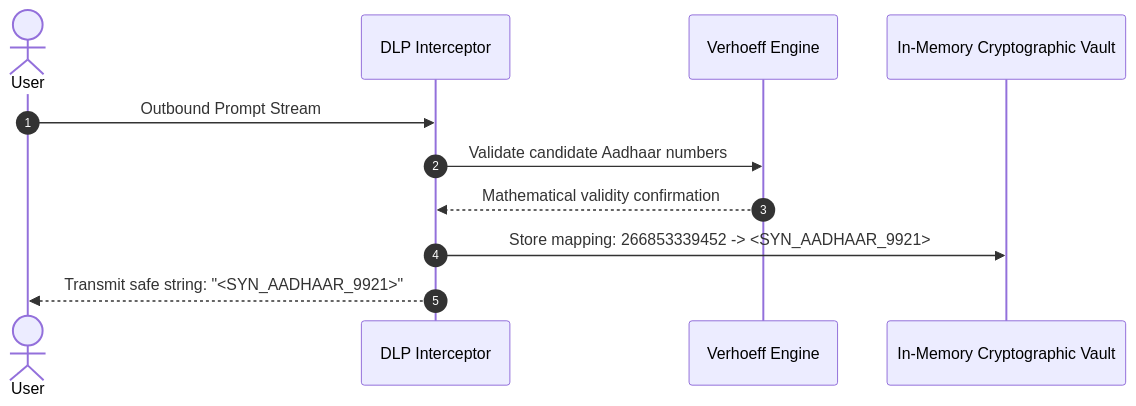
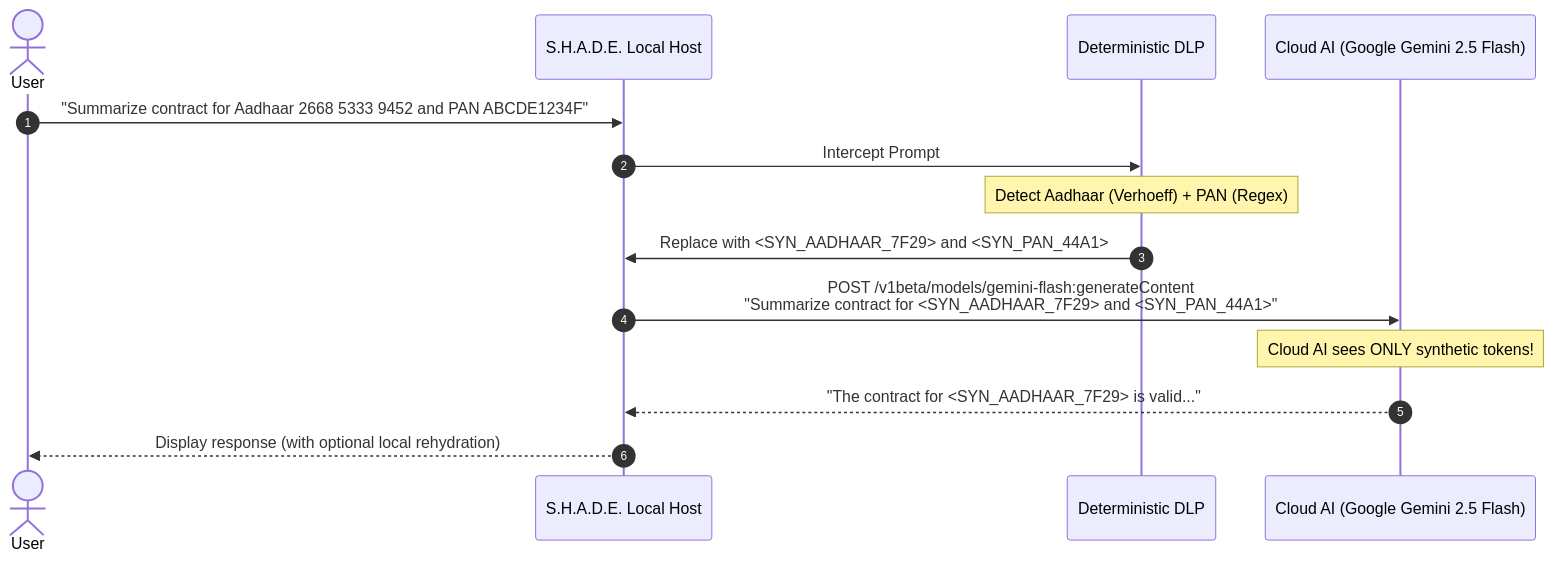
One commit to Shashank-1920/KPRIET-HackITon26 changed the seventh of 10 diagrams in docs/architecture/ARCHITECTURE.md. Above: the diagram before and after it, drawn with Mermaid. The commit also changed other lines of this file and 6 other files, not shown here.

Commit message:
docs: refine local-first secure data architecture

````diff
--- a/docs/architecture/ARCHITECTURE.md
+++ b/docs/architecture/ARCHITECTURE.md
@@ -937,14 +277,17 @@
 ```mermaid
 sequenceDiagram
     autonumber
     actor User as User
-    participant DLP as DLP Interceptor
-    participant Checksum as Verhoeff Engine
-    participant Vault as In-Memory Cryptographic Vault
+    participant LocalHost as S.H.A.D.E. Local Host
+    participant DLP as Deterministic DLP
+    participant ExternalLLM as Cloud AI (Google Gemini 2.5 Flash)
 
-    User->>DLP: Outbound Prompt Stream
-    DLP->>Checksum: Validate candidate Aadhaar numbers
-    Checksum-->>DLP: Mathematical validity confirmation
-    DLP->>Vault: Store mapping: 266853339452 -> <SYN_AADHAAR_9921>
-    DLP-->>User: Transmit safe string: "<SYN_AADHAAR_9921>"
+    User->>LocalHost: "Summarize contract for Aadhaar 2668 5333 9452 and PAN ABCDE1234F"
+    LocalHost->>DLP: Intercept Prompt
+    Note over DLP: Detect Aadhaar (Verhoeff) + PAN (Regex)
+    DLP->>LocalHost: Replace with <SYN_AADHAAR_7F29> and <SYN_PAN_44A1>
+    LocalHost->>ExternalLLM: POST /v1beta/models/gemini-flash:generateContent<br/>"Summarize contract for <SYN_AADHAAR_7F29> and <SYN_PAN_44A1>"
+    Note over ExternalLLM: Cloud AI sees ONLY synthetic tokens!
+    ExternalLLM-->>LocalHost: "The contract for <SYN_AADHAAR_7F29> is valid..."
+    LocalHost-->>User: Display response (with optional local rehydration)
 ```
````
